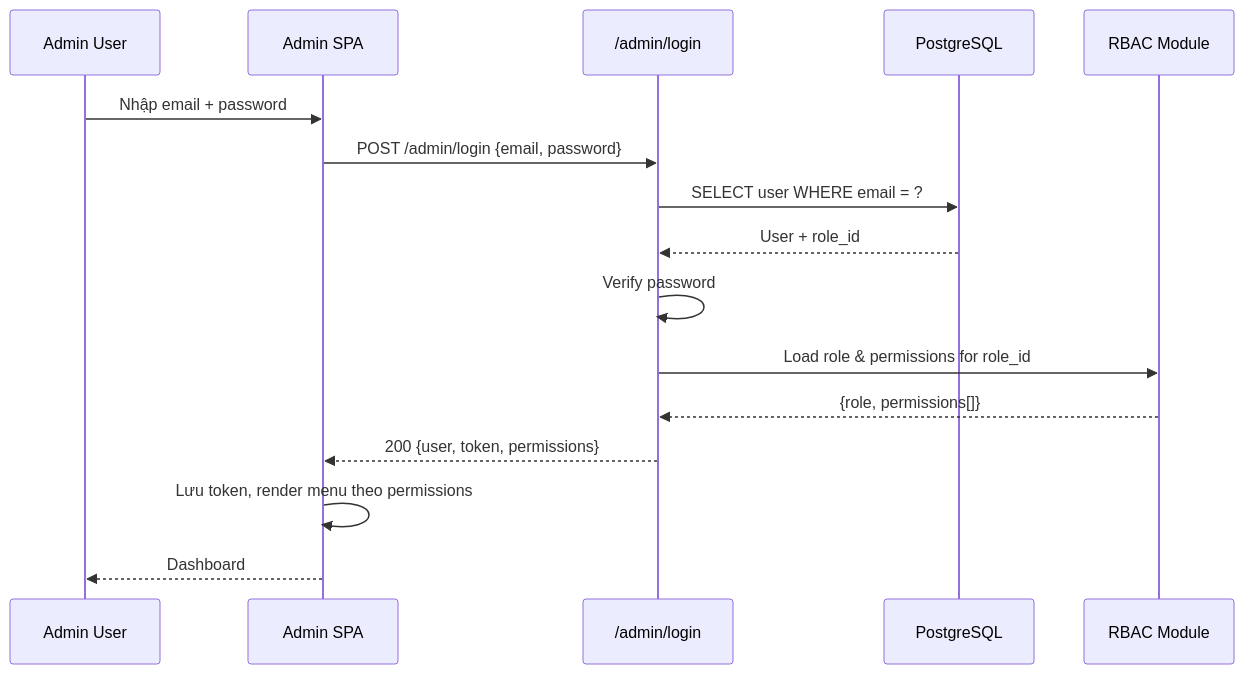
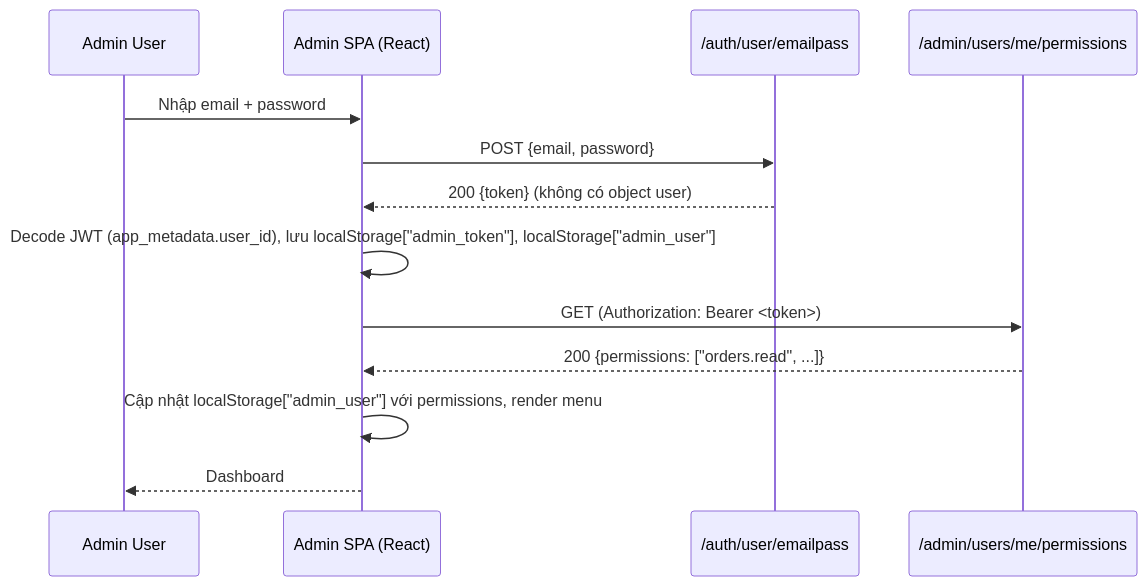
The fourth of 5 diagrams in docs/01-auth/flows.md (pathust/mong.fruitboxz), drawn with Mermaid before and after one commit. The commit also changed other lines of this file and 1 other file, not shown here.

````diff
--- a/docs/01-auth/flows.md
+++ b/docs/01-auth/flows.md
@@ -85,19 +94,16 @@
 ```mermaid
 sequenceDiagram
     participant ADM as Admin User
-    participant UI as Admin SPA
-    participant API as /admin/login
-    participant DB as PostgreSQL
-    participant RBAC as RBAC Module
+    participant UI as Admin SPA (React)
+    participant API as /auth/user/emailpass
+    participant PERM as /admin/users/me/permissions
 
     ADM->>UI: Nhập email + password
-    UI->>API: POST /admin/login {email, password}
-    API->>DB: SELECT user WHERE email = ?
-    DB-->>API: User + role_id
-    API->>API: Verify password
-    API->>RBAC: Load role & permissions for role_id
-    RBAC-->>API: {role, permissions[]}
-    API-->>UI: 200 {user, token, permissions}
-    UI->>UI: Lưu token, render menu theo permissions
+    UI->>API: POST {email, password}
+    API-->>UI: 200 {token} (không có object user)
+    UI->>UI: Decode JWT (app_metadata.user_id), lưu localStorage["admin_token"], localStorage["admin_user"]
+    UI->>PERM: GET (Authorization: Bearer <token>)
+    PERM-->>UI: 200 {permissions: ["orders.read", ...]}
+    UI->>UI: Cập nhật localStorage["admin_user"] với permissions, render menu
     UI-->>ADM: Dashboard
 ```
````
